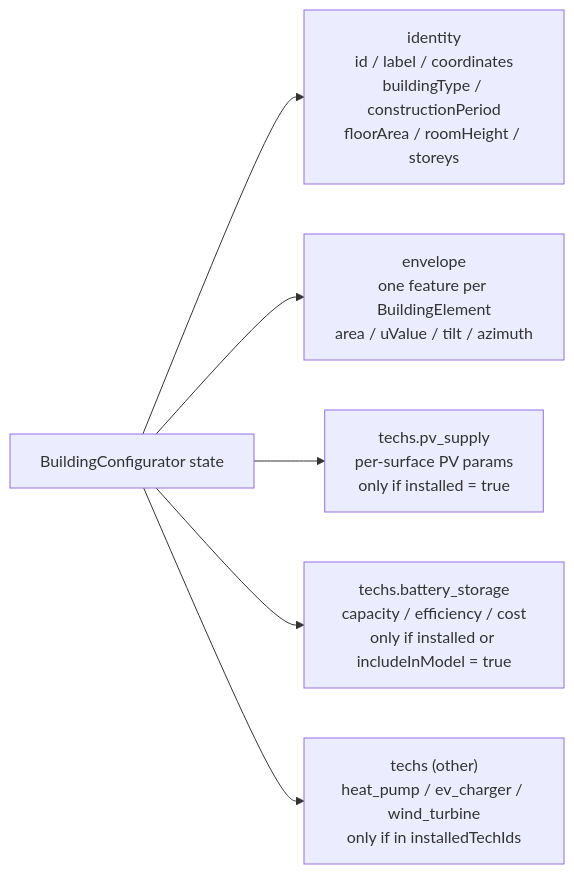
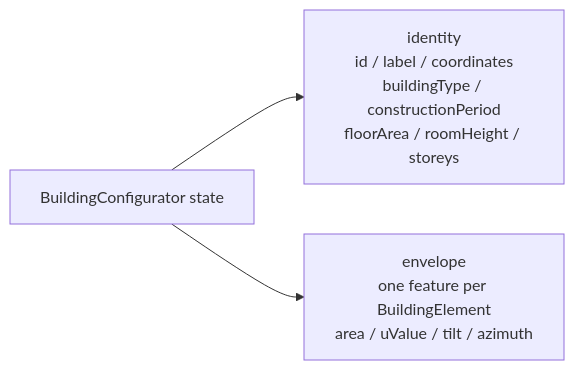
Before and after one commit to THD-Spatial-AI/building-configurator: the sixth of 6 diagrams in docs/architecture.md, drawn with Mermaid. The commit also changed other lines of this file and 35 other files, not shown here.

````diff
--- a/docs/architecture.md
+++ b/docs/architecture.md
@@ -192,10 +192,7 @@
 ```mermaid
 graph LR
     S["BuildingConfigurator state"]
 
     S --> ID["identity<br>id / label / coordinates<br>buildingType / constructionPeriod<br>floorArea / roomHeight / storeys"]
     S --> ENV["envelope<br>one feature per BuildingElement<br>area / uValue / tilt / azimuth"]
-    S --> PV["techs.pv_supply<br>per-surface PV params<br>only if installed = true"]
-    S --> BAT["techs.battery_storage<br>capacity / efficiency / cost<br>only if installed or includeInModel = true"]
-    S --> OTH["techs (other)<br>heat_pump / ev_charger / wind_turbine<br>only if in installedTechIds"]
 ```
````
